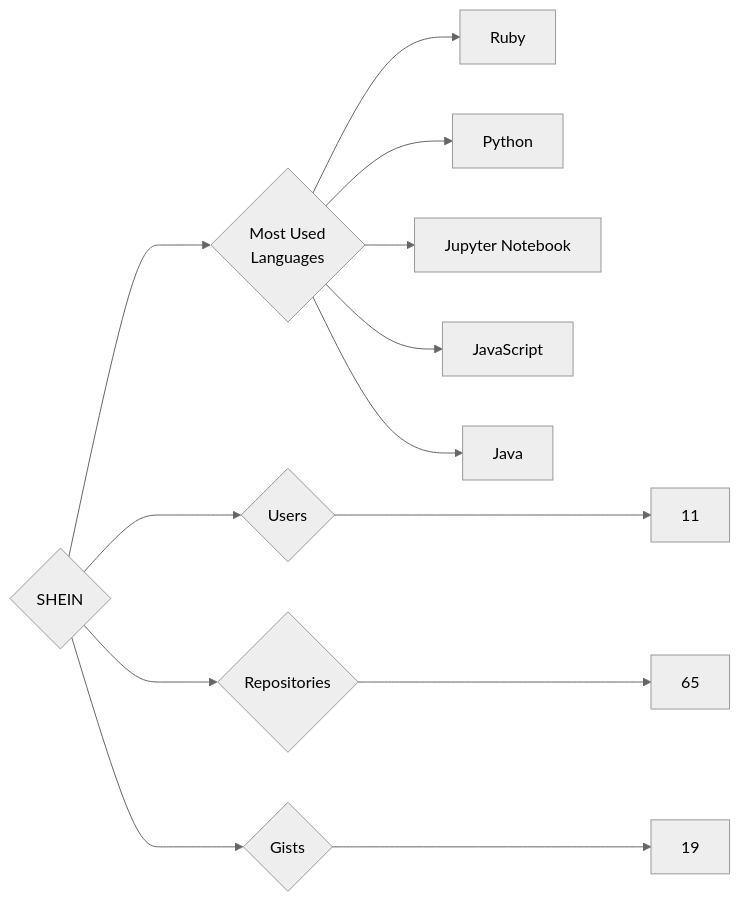
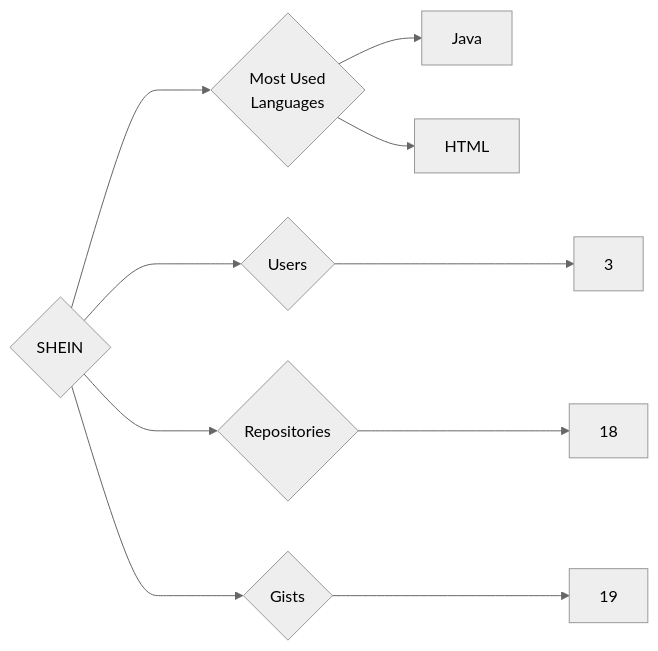
One commit to trickest/insiders changed the diagram in targets/SHEIN/README.md. Above: the diagram before and after it, drawn with Mermaid (neutral theme). The commit also changed 815 other files, not shown here.

````diff
--- a/targets/SHEIN/README.md
+++ b/targets/SHEIN/README.md
@@ -3,13 +3,10 @@
 ```mermaid
 graph LR
 COMPANY_NAME{SHEIN}
-COMPANY_NAME ---> U{Users} ---> UN[11]
-COMPANY_NAME ---> R{Repositories} ---> RN[65]
+COMPANY_NAME ---> U{Users} ---> UN[3]
+COMPANY_NAME ---> R{Repositories} ---> RN[18]
 COMPANY_NAME ---> G{Gists} ---> GN[19]
 COMPANY_NAME ---> ML{Most Used<br>Languages}
-ML --> Ruby[Ruby]
-ML --> Python[Python]
-ML --> Jupyter_Notebook[Jupyter Notebook]
-ML --> JavaScript[JavaScript]
 ML --> Java[Java]
+ML --> HTML[HTML]
 ```
````
